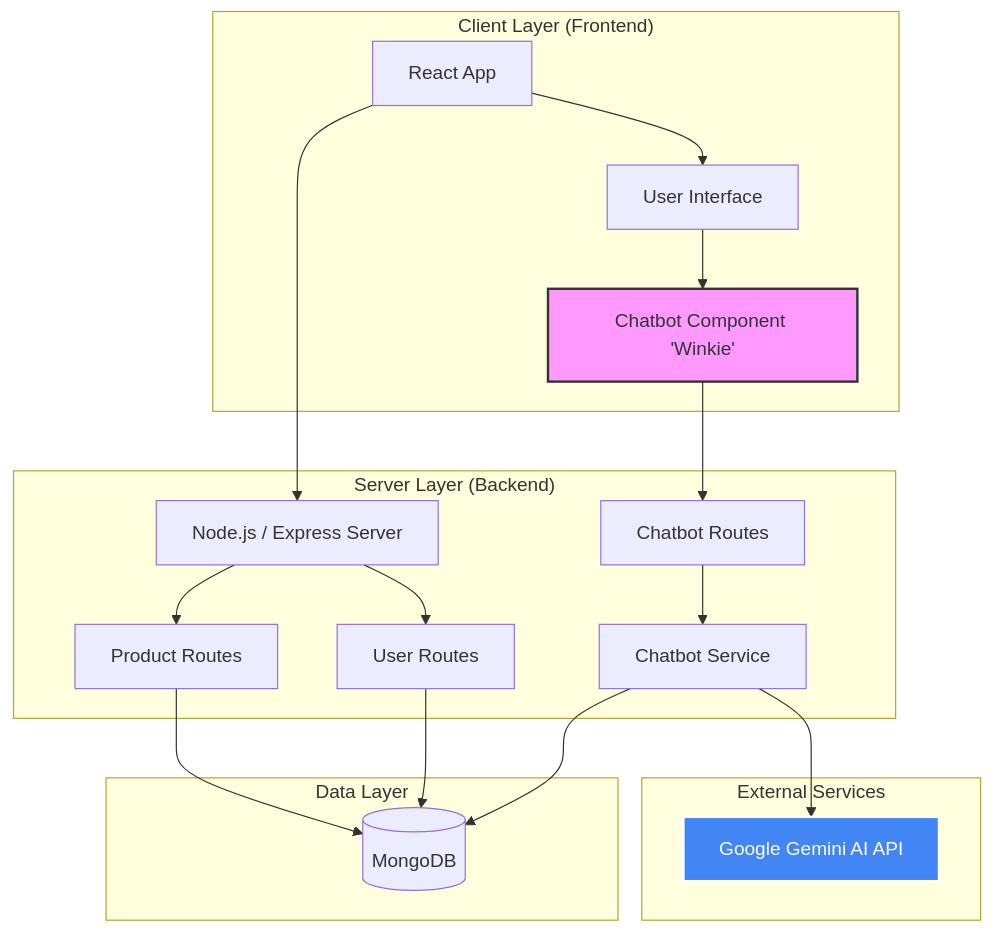
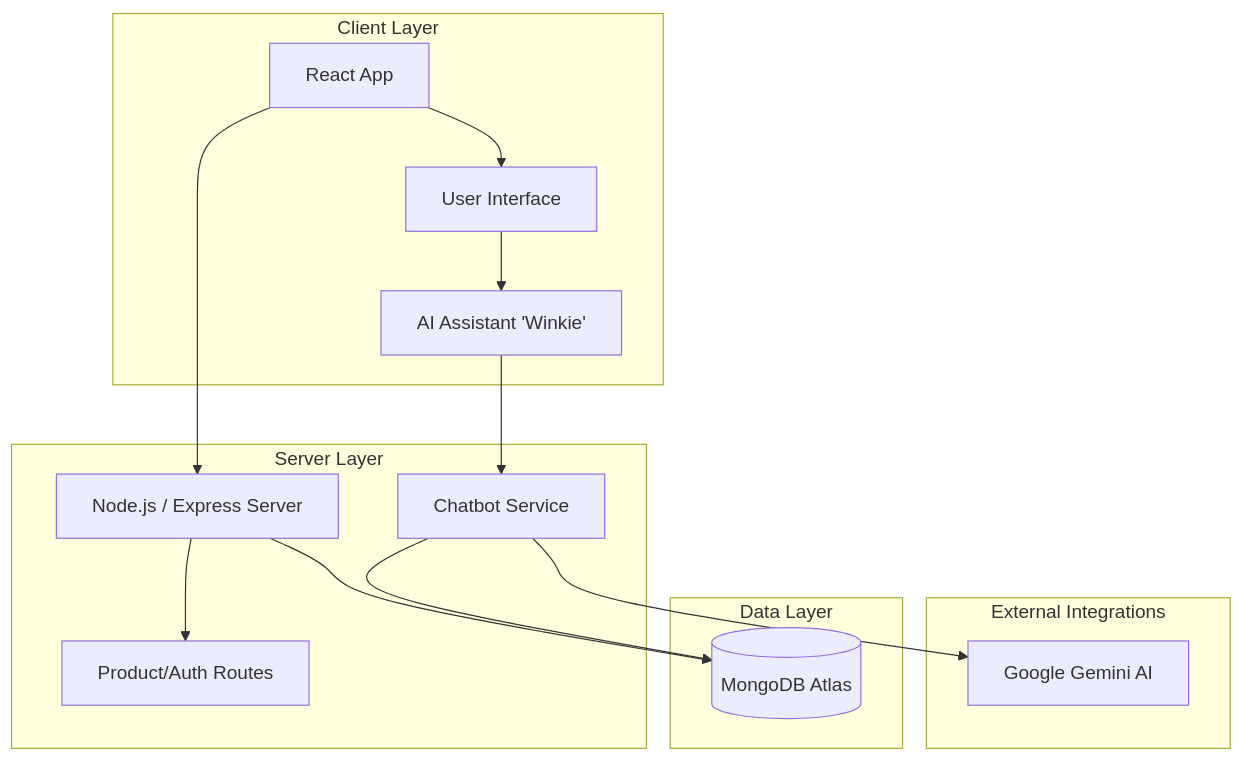
One commit to PriyanshuSingh10114/winkwear changed the diagram in README.md. Above: the diagram before and after it, drawn with Mermaid. The commit also changed other lines of this file, not shown here.

````diff
--- a/README.md
+++ b/README.md
@@ -64,28 +18,22 @@
 ```mermaid
 graph TD
-    subgraph "Client Layer (Frontend)"
+    subgraph "Client Layer"
         A[React App] --> B[User Interface]
-        B --> C[Chatbot Component 'Winkie']
+        B --> C[AI Assistant 'Winkie']
     end
 
-    subgraph "Server Layer (Backend)"
+    subgraph "Server Layer"
         A --> D[Node.js / Express Server]
-        C --> E[Chatbot Routes]
-        D --> F[Product Routes]
-        D --> G[User Routes]
-        E --> H[Chatbot Service]
+        C --> E[Chatbot Service]
+        D --> F[Product/Auth Routes]
     end
 
-    subgraph "External Services"
-        H --> I[Google Gemini AI API]
+    subgraph "External Integrations"
+        E --> I[Google Gemini AI]
     end
 
     subgraph "Data Layer"
-        F --> J[(MongoDB)]
-        G --> J
-        H --> J
+        D --> J[(MongoDB Atlas)]
+        E --> J
     end
-
-    style C fill:#f9f,stroke:#333,stroke-width:2px
-    style I fill:#4285F4,stroke:#fff,stroke-width:2px,color:#fff
 ```
````
